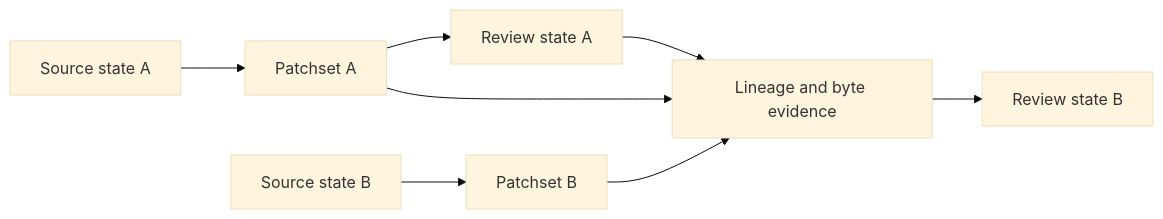
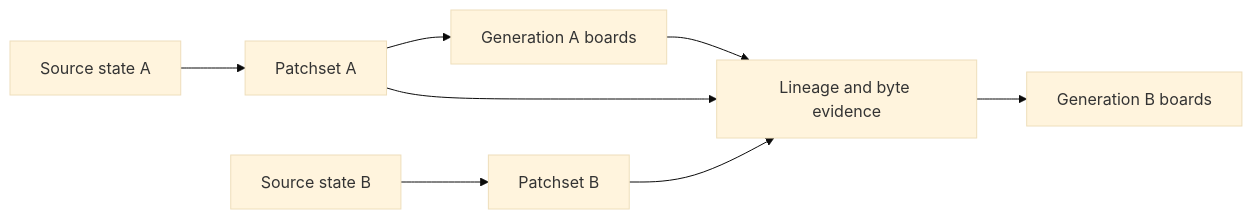
One commit to rbutera/Rennet changed the first of 3 diagrams in docs/developing/concepts/delta-rereview-and-lineage.md. Above: the diagram before and after it, drawn with Mermaid (base theme). The commit also changed other lines of this file and 28 other files, not shown here.

````diff
--- a/docs/developing/concepts/delta-rereview-and-lineage.md
+++ b/docs/developing/concepts/delta-rereview-and-lineage.md
@@ -15,10 +20,10 @@
 ```mermaid
 flowchart LR
   sourceA[Source state A] --> patchA[Patchset A]
-  patchA --> stateA[Review state A]
+  patchA --> genA[Generation A boards]
   sourceB[Source state B] --> patchB[Patchset B]
   patchA --> compare[Lineage and byte evidence]
   patchB --> compare
-  stateA --> compare
-  compare --> stateB[Review state B]
+  genA --> compare
+  compare --> genB[Generation B boards]
 ```
````
